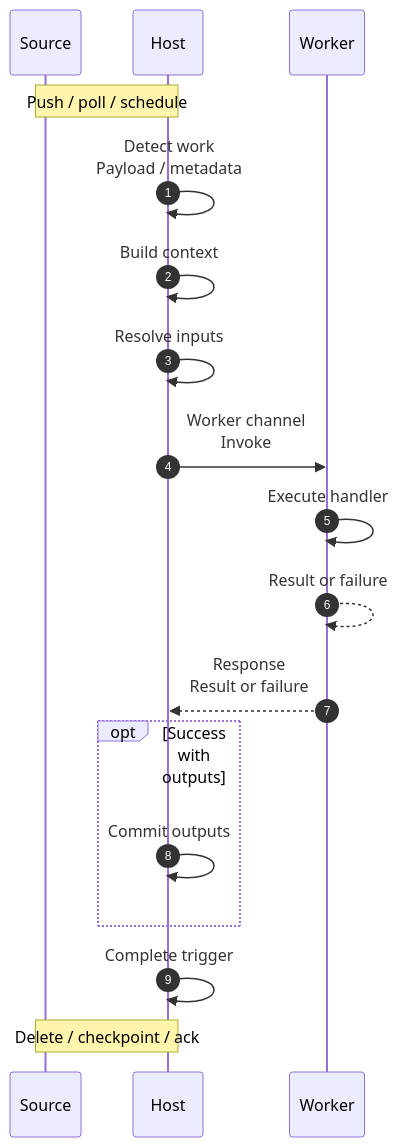
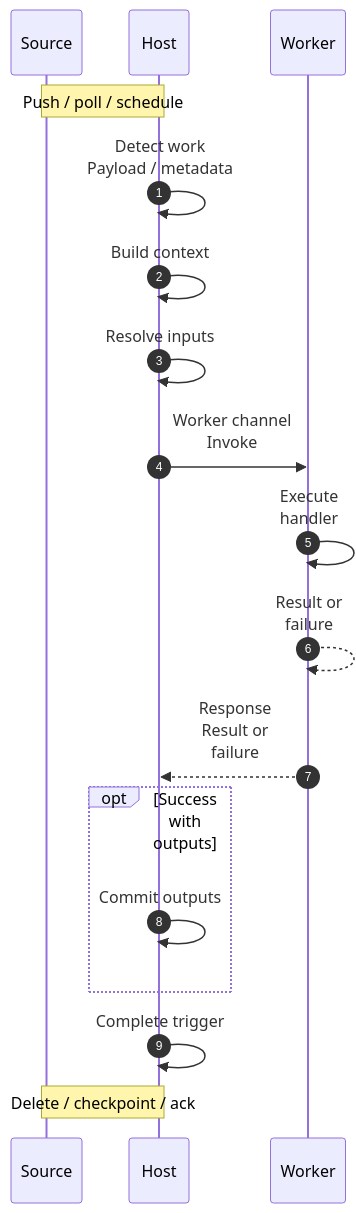
One commit to yeongseon/azure-functions-practical-guide changed the fourth of 8 diagrams in docs/platform/architecture/index.md. Above: the diagram before and after it, drawn with Mermaid. The commit also changed other lines of this file, not shown here.

Commit message:
docs(diagrams): fit invocation sequence and overview within narrower layouts
Use native Mermaid spacing and wrapped messages without changing exchanges
or removing the adjacent role legends.

Refs #234

````diff
--- a/docs/platform/architecture/index.md
+++ b/docs/platform/architecture/index.md
@@ -356,23 +357,23 @@
 ```mermaid
-%%{init: {'sequence': {'width': 70, 'actorMargin': 20, 'messageMargin': 20, 'noteMargin': 5, 'diagramMarginX': 5}}}%%
+%%{init: {'sequence': {'width': 60, 'actorMargin': 10, 'messageMargin': 20, 'noteMargin': 5, 'diagramMarginX': 0}}}%%
 sequenceDiagram
     accTitle: How do the host and worker complete an invocation?
     accDescr: Generic logical invocation with host-owned listener and bindings, and a worker executing code. Detection differs for push, polling and schedules. Result or failure returns to the host; successful output commits and trigger-specific completion are conditional, not universal queue deletion.
     autonumber
     participant client as Source
     participant app_runtime as Host
     participant language_worker as Worker
     Note over client,app_runtime: Push / poll / schedule
     app_runtime->>app_runtime: Detect work<br/>Payload / metadata
     app_runtime->>app_runtime: Build context
     app_runtime->>app_runtime: Resolve inputs
     app_runtime->>language_worker: Worker channel<br/>Invoke
-    language_worker->>language_worker: Execute handler
-    language_worker-->>language_worker: Result or failure
-    language_worker-->>app_runtime: Response<br/>Result or failure
+    language_worker->>language_worker: Execute<br/>handler
+    language_worker-->>language_worker: Result or<br/>failure
+    language_worker-->>app_runtime: Response<br/>Result or<br/>failure
     opt Success with outputs
         app_runtime->>app_runtime: Commit outputs
     end
     app_runtime->>app_runtime: Complete trigger
     Note over client,app_runtime: Delete / checkpoint / ack
 ```
````
